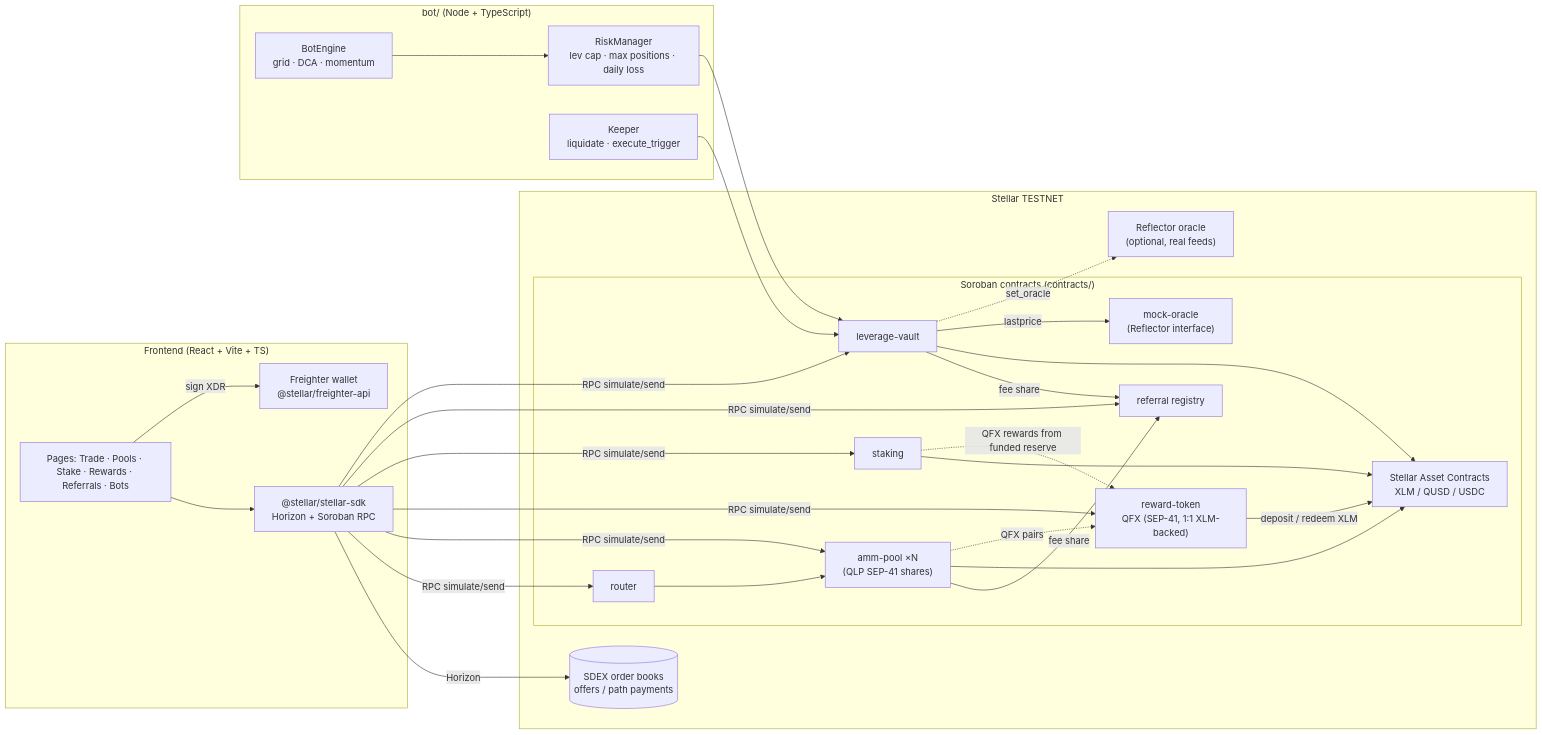
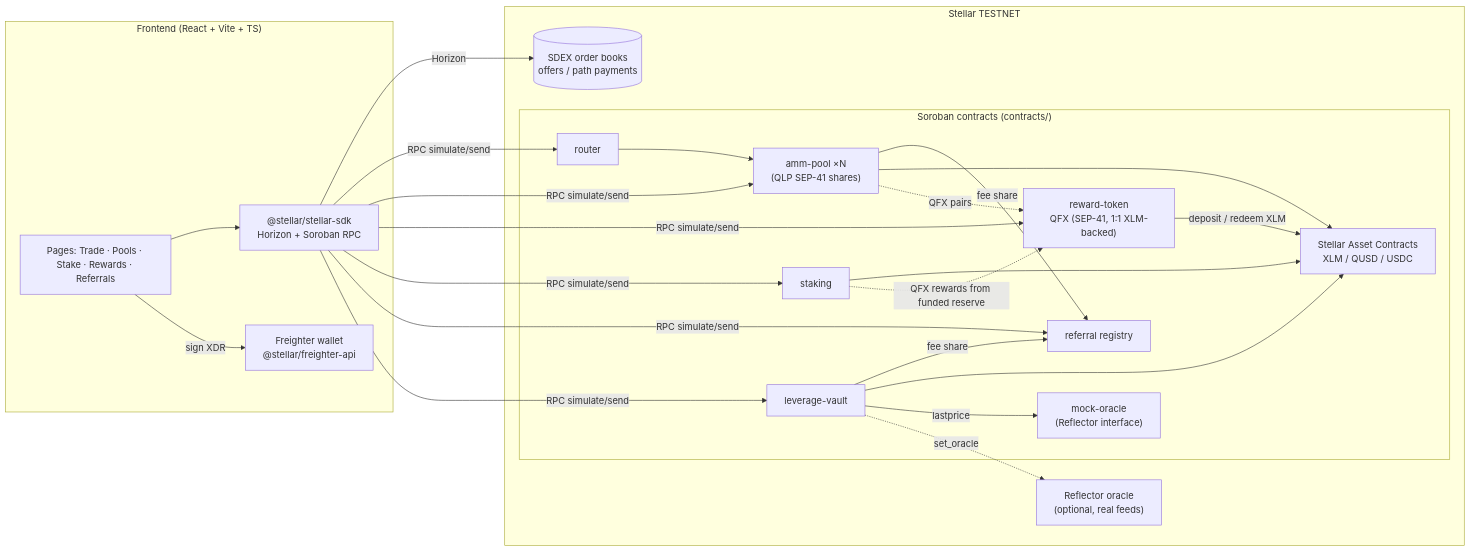
The diagram in README.md (yogibear1323/quasaria), drawn with Mermaid before and after one commit. The commit also changed other lines of this file and 91 other files, not shown here.

Commit message:
Remove trading bots: archive to /workspace/archive/bots-2026-10-18/repo, prune bot/ to the testnet oracle feed + lending keeper, docs/README/scripts cleanup

````diff
--- a/README.md
+++ b/README.md
@@ -83,45 +82,38 @@
 ```mermaid
 flowchart LR
   subgraph Browser["Frontend (React + Vite + TS)"]
-    UI["Pages: Trade · Pools · Stake · Rewards · Referrals · Bots"]
+    UI["Pages: Trade · Pools · Stake · Rewards · Referrals"]
     FW["Freighter wallet<br/>@stellar/freighter-api"]
     SDK["@stellar/stellar-sdk<br/>Horizon + Soroban RPC"]
     UI --> SDK
     UI -- sign XDR --> FW
   end
 
   subgraph Stellar["Stellar TESTNET"]
     SDEX[("SDEX order books<br/>offers / path payments")]
     subgraph Soroban["Soroban contracts (contracts/)"]
       ROUTER["router"]
       POOL["amm-pool ×N<br/>(QLP SEP-41 shares)"]
       QFX["reward-token<br/>QFX (SEP-41, 1:1 XLM-backed)"]
       STAKE["staking"]
       REF["referral registry"]
       VAULT["leverage-vault"]
       ORACLE["mock-oracle<br/>(Reflector interface)"]
       SAC["Stellar Asset Contracts<br/>XLM / QUSD / USDC"]
     end
     REFLECTOR["Reflector oracle<br/>(optional, real feeds)"]
   end
 
-  subgraph Bot["bot/ (Node + TypeScript)"]
-    ENGINE["BotEngine<br/>grid · DCA · momentum"]
-    RISK["RiskManager<br/>lev cap · max positions · daily loss"]
-    KEEPER["Keeper<br/>liquidate · execute_trigger"]
-  end
 
   SDK -- Horizon --> SDEX
   SDK -- RPC simulate/send --> ROUTER & POOL & QFX & STAKE & REF & VAULT
   ROUTER --> POOL
   POOL -- fee share --> REF
   VAULT -- fee share --> REF
   POOL & STAKE & VAULT --> SAC
   POOL -.QFX pairs.-> QFX
   QFX -- deposit / redeem XLM --> SAC
   STAKE -. QFX rewards from funded reserve .-> QFX
   VAULT -- lastprice --> ORACLE
   VAULT -. set_oracle .-> REFLECTOR
-  ENGINE --> RISK --> VAULT
-  KEEPER --> VAULT
 ```
````
